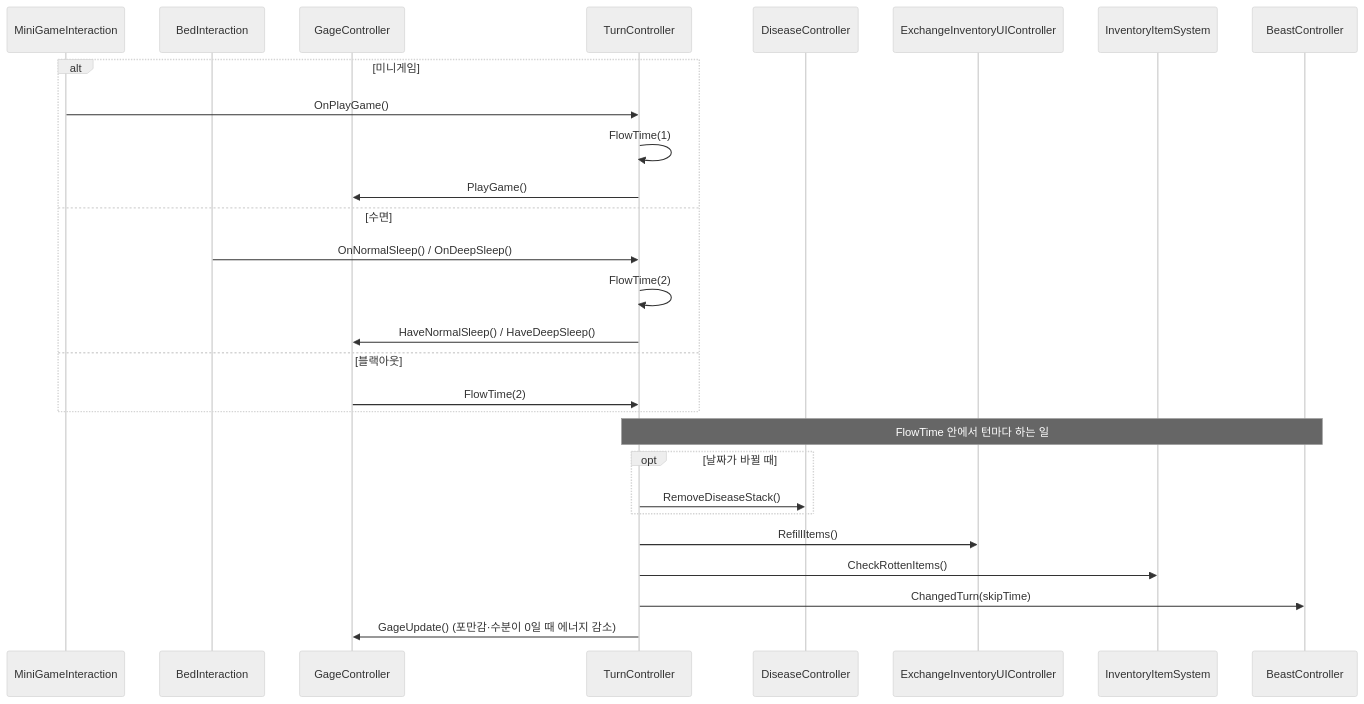
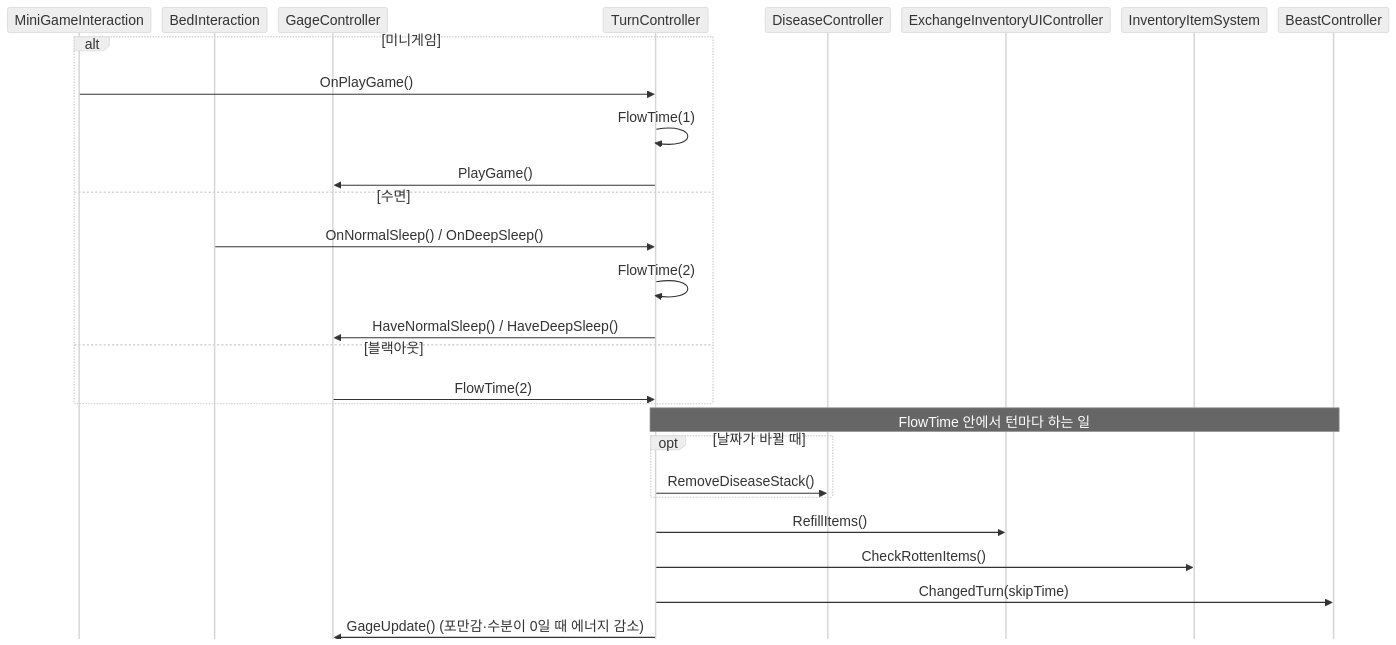
Before and after one commit to BaekShyoun/portfolio-test: the third of 3 diagrams in src/Observed/기술문서.md, drawn with Mermaid (neutral theme).

Commit message:
Observed 상세 문서 1
- 3.2 턴 경과를 한 메서드로 처리하기: 시퀀스 다이어그램에 그리기 설정 한 줄(%%{init}%%)을 넣어 글자를 키움
  (글자 16→20, 간격 줄임, 아래쪽 참여자 이름 줄 뺌 — 내용은 그대로). 슬라이드 17장 글자 약 6px → 10px

````diff
--- a/src/Observed/기술문서.md
+++ b/src/Observed/기술문서.md
@@ -212,32 +212,33 @@
 ```mermaid
+%%{init: {'fontSize': 20, 'sequence': {'messageMargin': 8, 'boxMargin': 6, 'actorMargin': 16, 'height': 36, 'mirrorActors': false, 'diagramMarginX': 2, 'diagramMarginY': 2, 'noteMargin': 6, 'boxTextMargin': 4}}}%%
 sequenceDiagram
     participant Mini as MiniGameInteraction
     participant Bed as BedInteraction
     participant Gage as GageController
     participant Turn as TurnController
     participant Disease as DiseaseController
     participant Exchange as ExchangeInventoryUIController
     participant Inven as InventoryItemSystem
     participant Beast as BeastController
 
     alt 미니게임
         Mini->>Turn: OnPlayGame()
         Turn->>Turn: FlowTime(1)
         Turn->>Gage: PlayGame()
     else 수면
         Bed->>Turn: OnNormalSleep() / OnDeepSleep()
         Turn->>Turn: FlowTime(2)
         Turn->>Gage: HaveNormalSleep() / HaveDeepSleep()
     else 블랙아웃
         Gage->>Turn: FlowTime(2)
     end
 
     Note over Turn,Beast: FlowTime 안에서 턴마다 하는 일
     opt 날짜가 바뀔 때
         Turn->>Disease: RemoveDiseaseStack()
     end
     Turn->>Exchange: RefillItems()
     Turn->>Inven: CheckRottenItems()
     Turn->>Beast: ChangedTurn(skipTime)
     Turn->>Gage: GageUpdate() (포만감·수분이 0일 때 에너지 감소)
 ```
````
